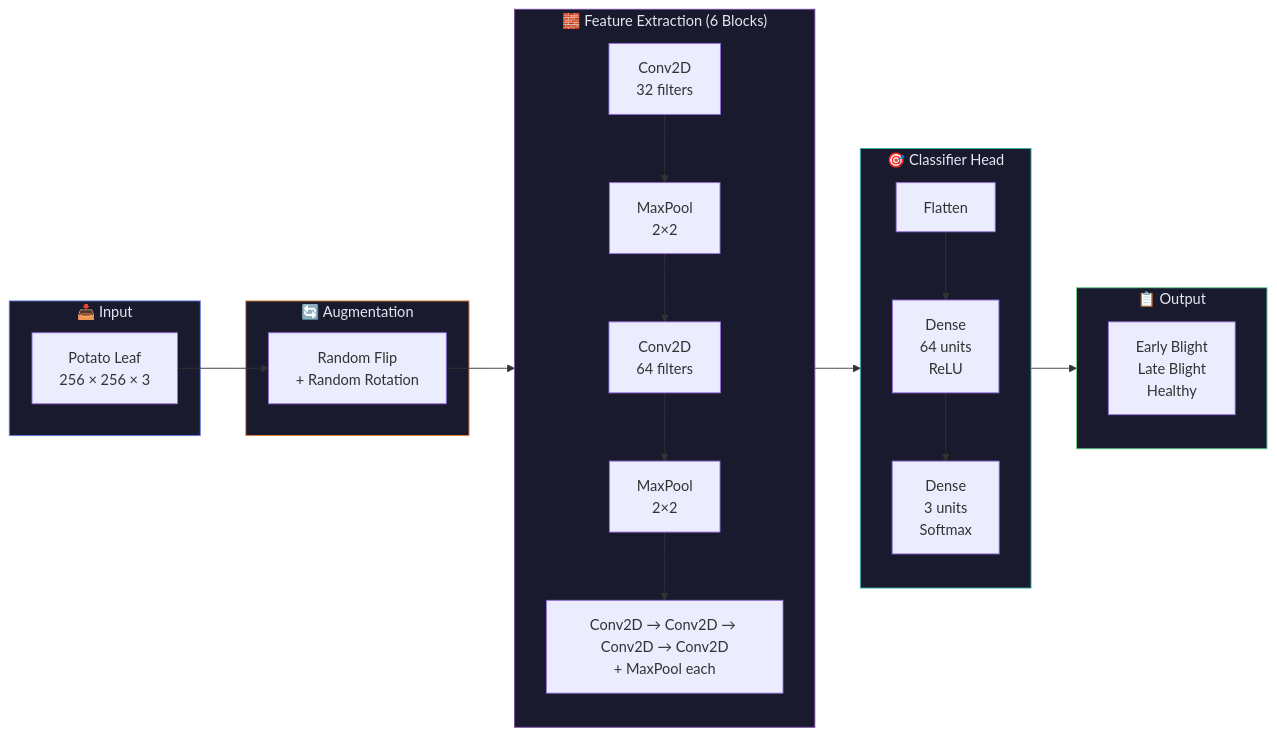
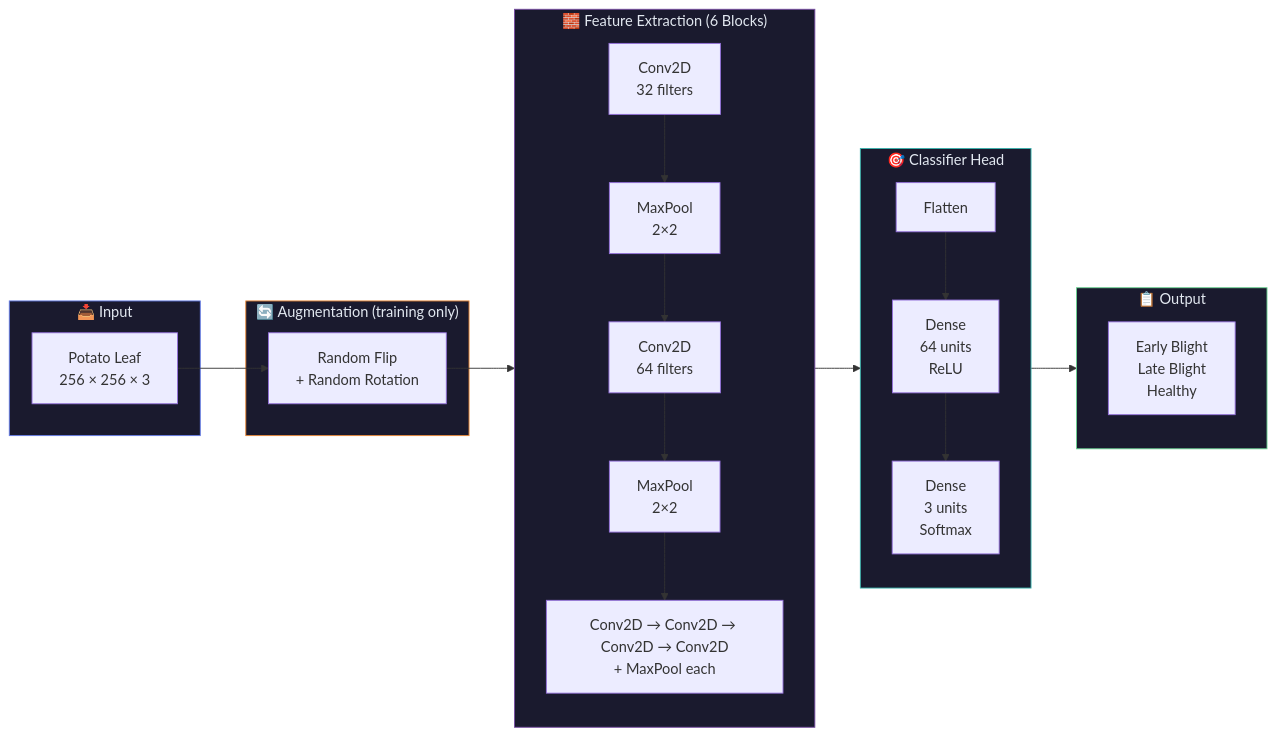
Before and after one commit to AshutoshBhate/ML_Projects: the third of 5 diagrams in Potato_Disease_Classification/README.md, drawn with Mermaid. The commit also changed other lines of this file and 227 other files, not shown here.

````diff
--- a/Potato_Disease_Classification/README.md
+++ b/Potato_Disease_Classification/README.md
@@ -142,33 +142,33 @@
 ```mermaid
 flowchart LR
     subgraph INPUT["📥 Input"]
         I["Potato Leaf\n256 × 256 × 3"]
     end
 
-    subgraph AUGMENT["🔄 Augmentation"]
+    subgraph AUGMENT["🔄 Augmentation (training only)"]
         AUG["Random Flip\n+ Random Rotation"]
     end
 
     subgraph CONV["🧱 Feature Extraction (6 Blocks)"]
         C1["Conv2D\n32 filters"] --> P1["MaxPool\n2×2"]
         P1 --> C2["Conv2D\n64 filters"] --> P2["MaxPool\n2×2"]
         P2 --> C3["Conv2D → Conv2D → Conv2D → Conv2D\n+ MaxPool each"]
     end
 
     subgraph HEAD["🎯 Classifier Head"]
         F["Flatten"] --> D1["Dense\n64 units\nReLU"]
         D1 --> D2["Dense\n3 units\nSoftmax"]
     end
 
     subgraph OUT["📋 Output"]
         O["Early Blight\nLate Blight\nHealthy"]
     end
 
     I --> AUG --> CONV --> HEAD --> OUT
 
     style INPUT fill:#1a1a2e,stroke:#667eea,color:#e2e8f0
     style AUGMENT fill:#1a1a2e,stroke:#ed8936,color:#e2e8f0
     style CONV fill:#1a1a2e,stroke:#764ba2,color:#e2e8f0
     style HEAD fill:#1a1a2e,stroke:#38b2ac,color:#e2e8f0
     style OUT fill:#1a1a2e,stroke:#68d391,color:#e2e8f0
 ```
````
